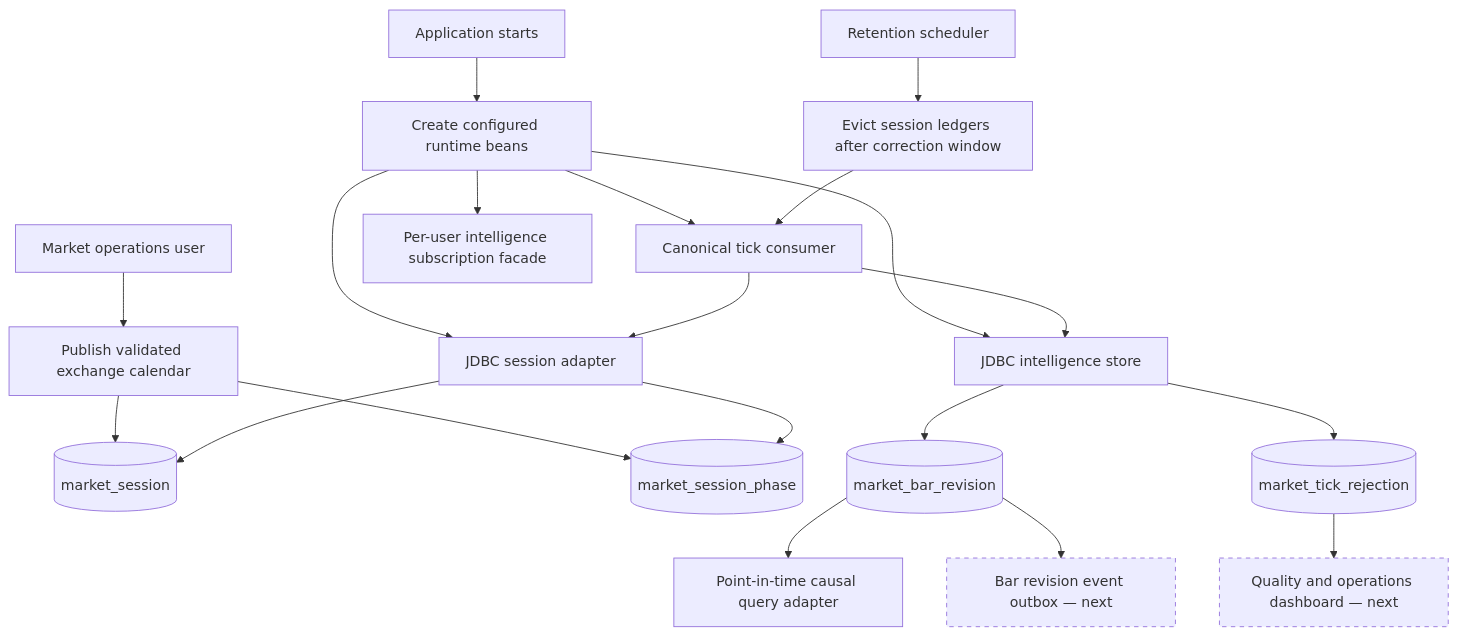
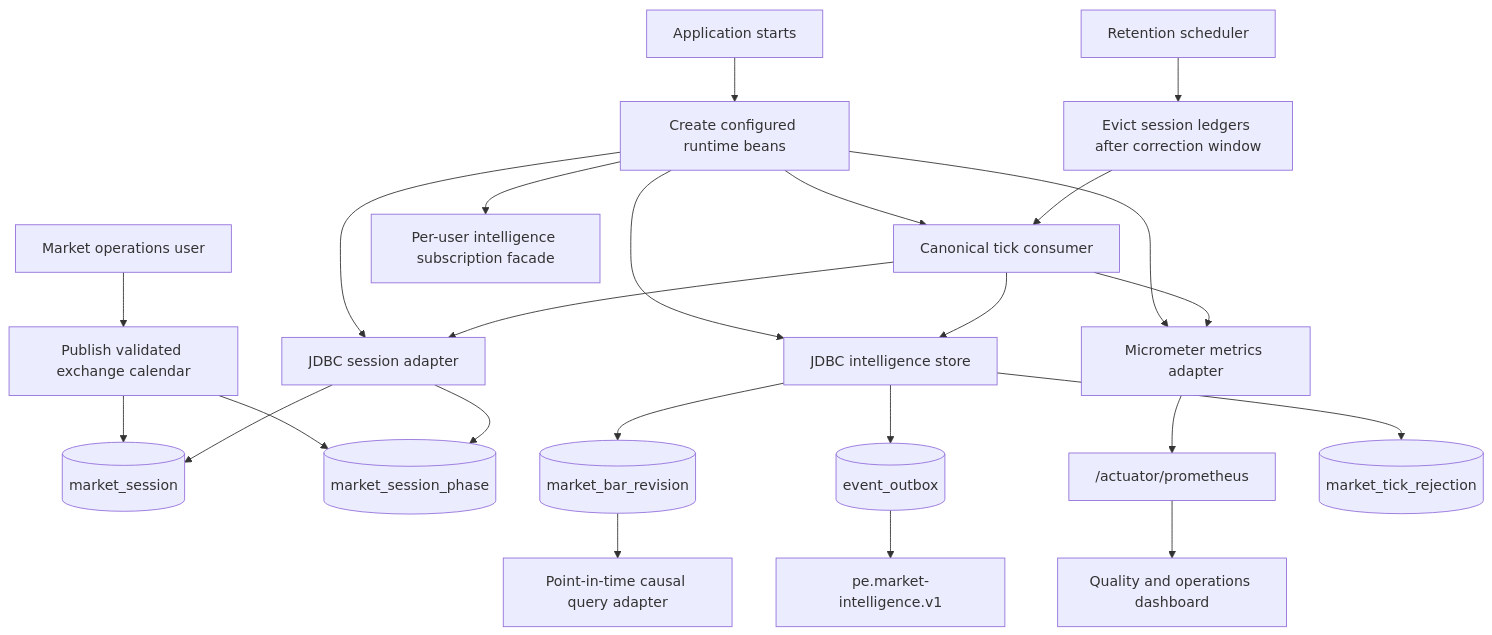
Before and after one commit to satyapp/predictiveEdge: the sixth of 10 diagrams in docs/architecture/core-ai/market-intelligence-user-flows-and-sequences.md, drawn with Mermaid. The commit also changed other lines of this file and 91 other files, not shown here.

````diff
--- a/docs/architecture/core-ai/market-intelligence-user-flows-and-sequences.md
+++ b/docs/architecture/core-ai/market-intelligence-user-flows-and-sequences.md
@@ -171,29 +178,30 @@
 ```mermaid
 flowchart TD
     OP["Market operations user"] --> LOADER["Publish validated exchange calendar"]
     LOADER --> SESSION[("market_session")]
     LOADER --> PHASE[("market_session_phase")]
 
     START["Application starts"] --> CFG["Create configured runtime beans"]
     CFG --> CAL["JDBC session adapter"]
     CFG --> STORE["JDBC intelligence store"]
+    CFG --> METRICS["Micrometer metrics adapter"]
     CFG --> CONSUMER["Canonical tick consumer"]
     CFG --> FACADE["Per-user intelligence subscription facade"]
 
     CONSUMER --> CAL
     CAL --> SESSION
     CAL --> PHASE
     CONSUMER --> STORE
+    CONSUMER --> METRICS
+    METRICS --> PROM["/actuator/prometheus"]
     STORE --> BARS[("market_bar_revision")]
+    STORE --> OUTBOX[("event_outbox")]
+    OUTBOX --> KAFKA["pe.market-intelligence.v1"]
     STORE --> REJECT[("market_tick_rejection")]
 
     TIMER["Retention scheduler"] --> EVICT["Evict session ledgers after correction window"]
     EVICT --> CONSUMER
 
     BARS --> QUERY["Point-in-time causal query adapter"]
-    BARS --> OUTBOX["Bar revision event outbox — next"]
-    REJECT --> OBS["Quality and operations dashboard — next"]
-
-    classDef next stroke-dasharray: 5 5;
-    class OUTBOX,OBS next;
+    PROM --> OBS["Quality and operations dashboard"]
 ```
````
